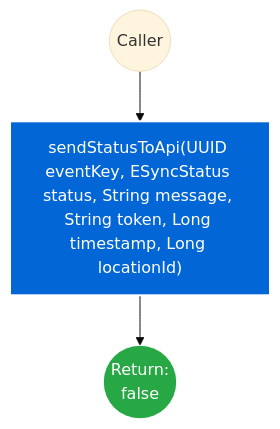
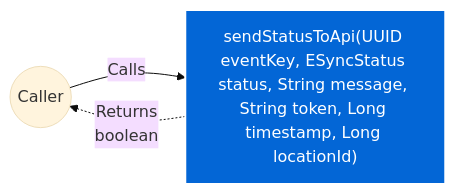
Before and after one commit to FelipeMCassiano/geanky: diagram 13 of 15 in docs/CloudSyncUploadService.md, drawn with Mermaid (base theme). The commit also changed other lines of this file and 6 other files, not shown here.

````diff
--- a/docs/CloudSyncUploadService.md
+++ b/docs/CloudSyncUploadService.md
@@ -908,11 +1045,9 @@
 ```mermaid
-flowchart TD
+flowchart LR
     classDef methodNode fill:#0366d6,stroke:#fff,stroke-width:2px,color:#fff;
-    classDef callNode fill:#f1f8ff,stroke:#0366d6,color:#24292f;
-    classDef ifNode fill:#fff8c5,stroke:#d73a49,color:#24292f;
-    classDef retNode fill:#28a745,stroke:#fff,color:#fff;
+    Caller(("Caller"))
+    Method["sendStatusToApi(UUID eventKey, ESyncStatus status, String message, String token, Long timestamp, Long locationId)"]:::methodNode
 
-    START(("Caller")) --> M_ENTRY["sendStatusToApi(UUID eventKey, ESyncStatus status, String message, String token, Long timestamp, Long locationId)"]:::methodNode
-    M_ENTRY --> N1(("Return:<br>false")):::retNode
-
+    Caller -- "Calls" --> Method
+    Method -. "Returns<br>boolean" .-> Caller
 ```
````
